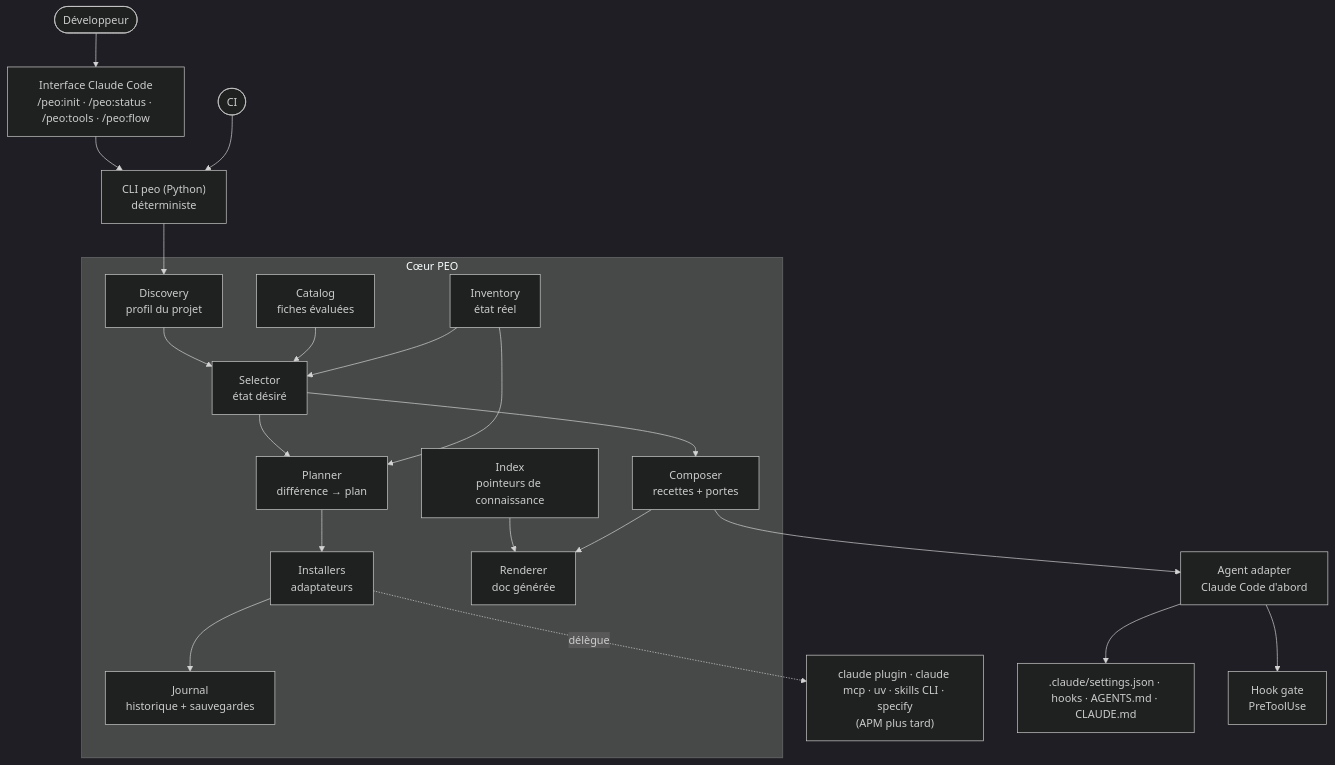
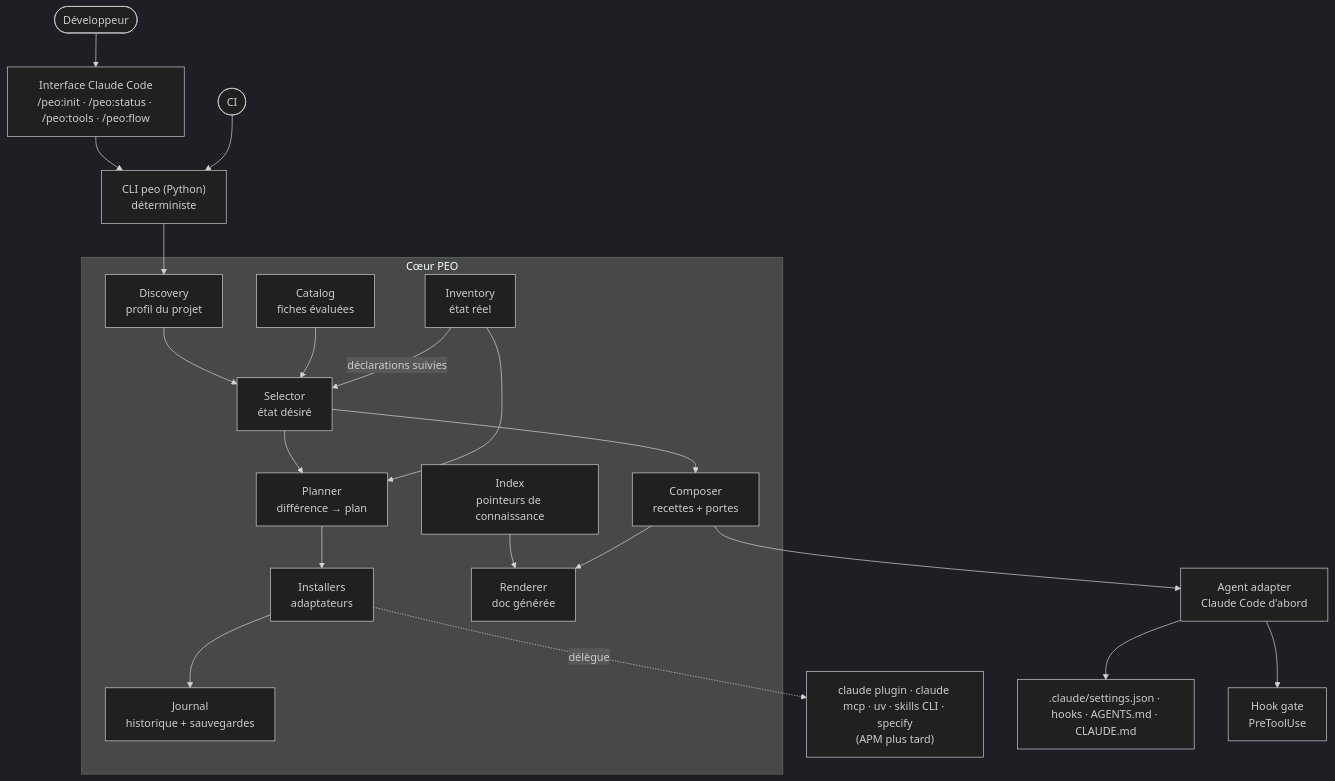
One commit to oraclexis/peo changed the first of 3 diagrams in docs/design/04-architecture-cible.md. Above: the diagram before and after it, drawn with Mermaid (dark theme). The commit also changed other lines of this file and 35 other files, not shown here.

````diff
--- a/docs/design/04-architecture-cible.md
+++ b/docs/design/04-architecture-cible.md
@@ -34,35 +34,35 @@
 ```mermaid
 flowchart TB
     U([Développeur]) --> CMD["Interface Claude Code<br/>/peo:init · /peo:status · /peo:tools · /peo:flow"]
     CMD --> CLI["CLI peo (Python)<br/>déterministe"]
     CI([CI]) --> CLI
 
     subgraph CORE["Cœur PEO"]
         DIS["Discovery<br/>profil du projet"]
         CAT["Catalog<br/>fiches évaluées"]
         INV["Inventory<br/>état réel"]
         SEL["Selector<br/>état désiré"]
         PLN["Planner<br/>différence → plan"]
         INS["Installers<br/>adaptateurs"]
         CMP["Composer<br/>recettes + portes"]
         IDX["Index<br/>pointeurs de connaissance"]
         JRN["Journal<br/>historique + sauvegardes"]
         RND["Renderer<br/>doc générée"]
     end
 
     CLI --> DIS --> SEL
     CAT --> SEL
-    INV --> SEL
+    INV -- déclarations suivies --> SEL
     SEL --> PLN
     INV --> PLN
     PLN --> INS
     INS --> JRN
     SEL --> CMP
     CMP --> AD["Agent adapter<br/>Claude Code d'abord"]
     IDX --> RND
     CMP --> RND
 
     INS -.délègue.-> NAT["claude plugin · claude mcp · uv · skills CLI · specify<br/>(APM plus tard)"]
     AD --> OUT[".claude/settings.json · hooks · AGENTS.md · CLAUDE.md"]
     AD --> GATE["Hook gate<br/>PreToolUse"]
 ```
````
